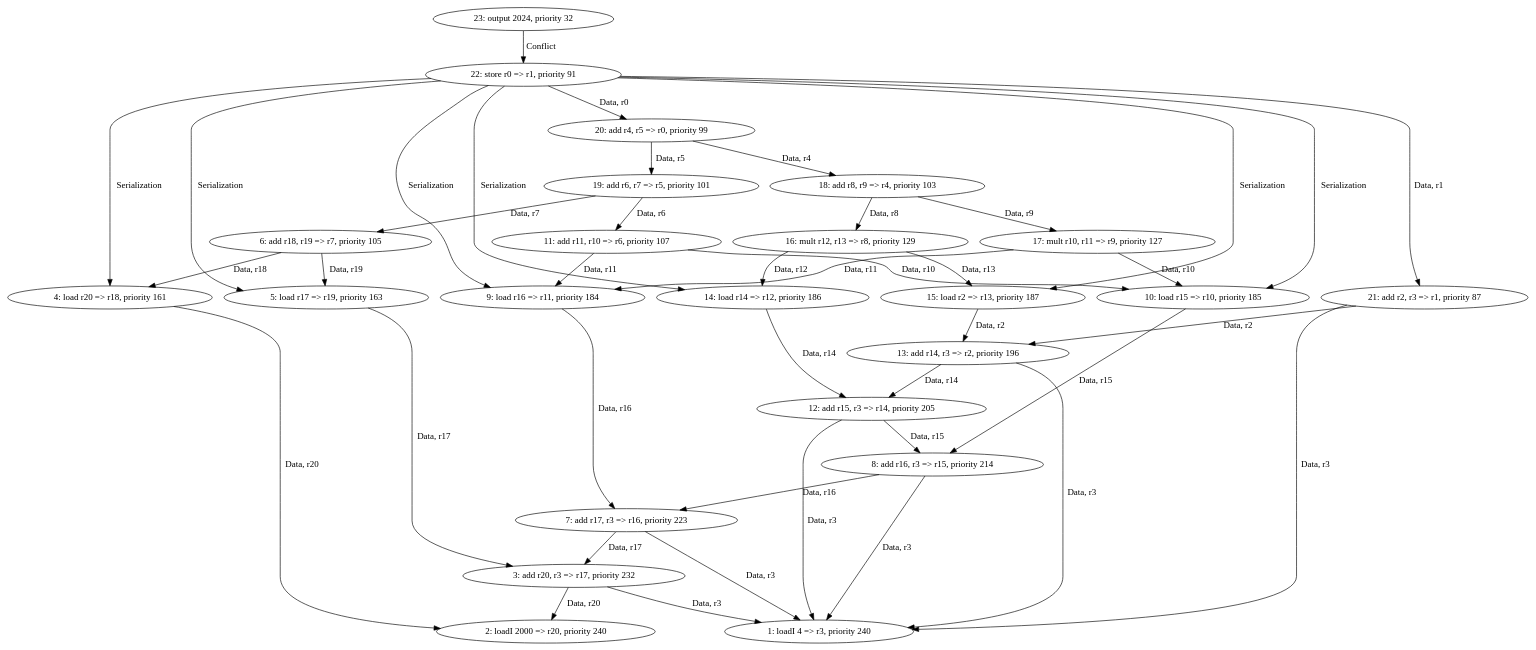
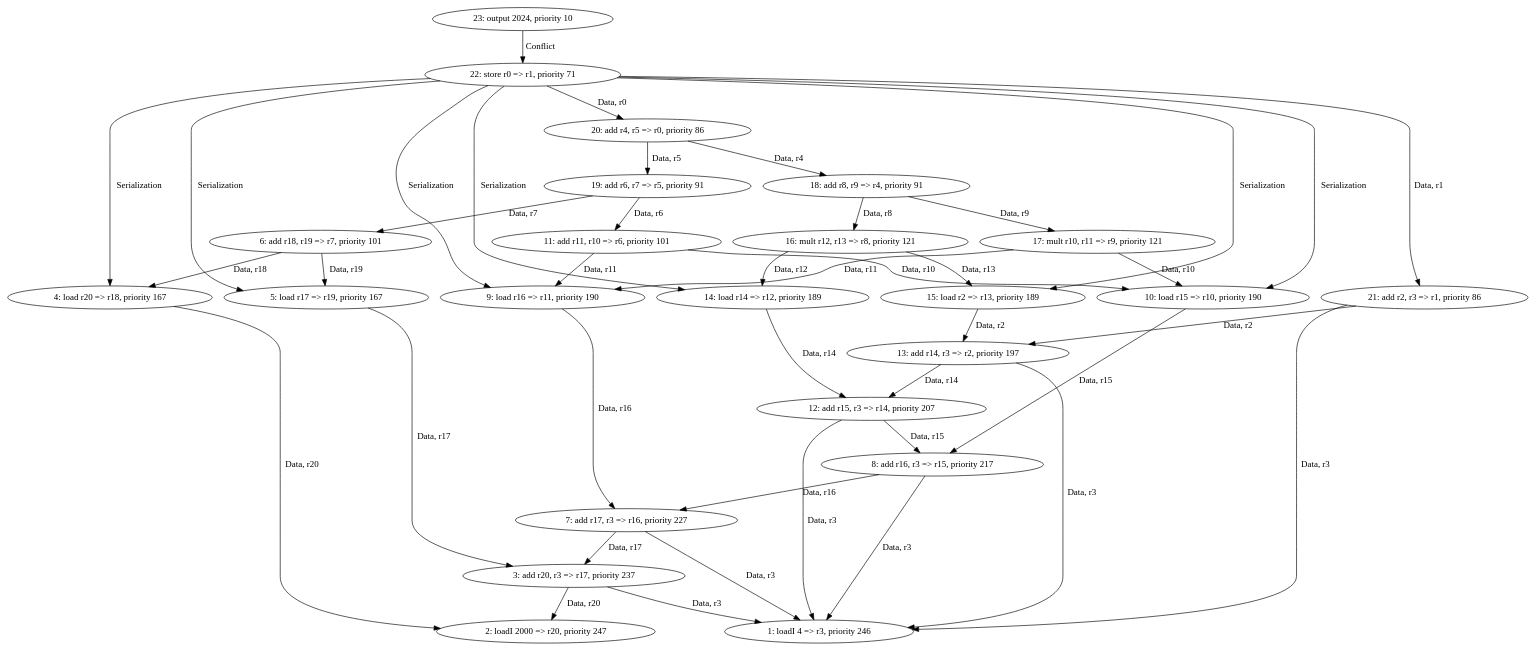
The diagram in dependencegraphpriorities.dot (Byron-Hart/Comp-412-Lab-3), drawn with Graphviz before and after one commit. The commit also changed 2 other files, not shown here.

```diff
--- a/dependencegraphpriorities.dot
+++ b/dependencegraphpriorities.dot
@@ -1,66 +1,66 @@
 digraph DependenceGraph{
-1[label="1: loadI 4 => r3, priority 240"];
-2[label="2: loadI 2000 => r20, priority 240"];
-3[label="3: add r20, r3 => r17, priority 232"];
-4[label="4: load r20 => r18, priority 161"];
-5[label="5: load r17 => r19, priority 163"];
-6[label="6: add r18, r19 => r7, priority 105"];
-7[label="7: add r17, r3 => r16, priority 223"];
-8[label="8: add r16, r3 => r15, priority 214"];
-9[label="9: load r16 => r11, priority 184"];
-10[label="10: load r15 => r10, priority 185"];
-11[label="11: add r11, r10 => r6, priority 107"];
-12[label="12: add r15, r3 => r14, priority 205"];
-13[label="13: add r14, r3 => r2, priority 196"];
-14[label="14: load r14 => r12, priority 186"];
-15[label="15: load r2 => r13, priority 187"];
-16[label="16: mult r12, r13 => r8, priority 129"];
-17[label="17: mult r10, r11 => r9, priority 127"];
-18[label="18: add r8, r9 => r4, priority 103"];
-19[label="19: add r6, r7 => r5, priority 101"];
-20[label="20: add r4, r5 => r0, priority 99"];
-21[label="21: add r2, r3 => r1, priority 87"];
-22[label="22: store r0 => r1, priority 91"];
-23[label="23: output 2024, priority 32"];
+1[label="1: loadI 4 => r3, priority 246"];
+2[label="2: loadI 2000 => r20, priority 247"];
+3[label="3: add r20, r3 => r17, priority 237"];
+4[label="4: load r20 => r18, priority 167"];
+5[label="5: load r17 => r19, priority 167"];
+6[label="6: add r18, r19 => r7, priority 101"];
+7[label="7: add r17, r3 => r16, priority 227"];
+8[label="8: add r16, r3 => r15, priority 217"];
+9[label="9: load r16 => r11, priority 190"];
+10[label="10: load r15 => r10, priority 190"];
+11[label="11: add r11, r10 => r6, priority 101"];
+12[label="12: add r15, r3 => r14, priority 207"];
+13[label="13: add r14, r3 => r2, priority 197"];
+14[label="14: load r14 => r12, priority 189"];
+15[label="15: load r2 => r13, priority 189"];
+16[label="16: mult r12, r13 => r8, priority 121"];
+17[label="17: mult r10, r11 => r9, priority 121"];
+18[label="18: add r8, r9 => r4, priority 91"];
+19[label="19: add r6, r7 => r5, priority 91"];
+20[label="20: add r4, r5 => r0, priority 86"];
+21[label="21: add r2, r3 => r1, priority 86"];
+22[label="22: store r0 => r1, priority 71"];
+23[label="23: output 2024, priority 10"];
 3 -> 2[label="Data, r20"];
 3 -> 1[label="Data, r3"];
 4 -> 2[label="Data, r20"];
 5 -> 3[label="Data, r17"];
 6 -> 4[label="Data, r18"];
 6 -> 5[label="Data, r19"];
 7 -> 3[label="Data, r17"];
 7 -> 1[label="Data, r3"];
 8 -> 7[label="Data, r16"];
 8 -> 1[label="Data, r3"];
 9 -> 7[label="Data, r16"];
 10 -> 8[label="Data, r15"];
 11 -> 9[label="Data, r11"];
 11 -> 10[label="Data, r10"];
 12 -> 8[label="Data, r15"];
 12 -> 1[label="Data, r3"];
 13 -> 12[label="Data, r14"];
 13 -> 1[label="Data, r3"];
 14 -> 12[label="Data, r14"];
 15 -> 13[label="Data, r2"];
 16 -> 14[label="Data, r12"];
 16 -> 15[label="Data, r13"];
 17 -> 10[label="Data, r10"];
 17 -> 9[label="Data, r11"];
 18 -> 16[label="Data, r8"];
 18 -> 17[label="Data, r9"];
 19 -> 11[label="Data, r6"];
 19 -> 6[label="Data, r7"];
 20 -> 18[label="Data, r4"];
 20 -> 19[label="Data, r5"];
 21 -> 13[label="Data, r2"];
 21 -> 1[label="Data, r3"];
 22 -> 20[label="Data, r0"];
 22 -> 21[label="Data, r1"];
 22 -> 4[label="Serialization"];
 22 -> 5[label="Serialization"];
 22 -> 9[label="Serialization"];
 22 -> 10[label="Serialization"];
 22 -> 14[label="Serialization"];
 22 -> 15[label="Serialization"];
 23 -> 22[label="Conflict"];
 }
```
